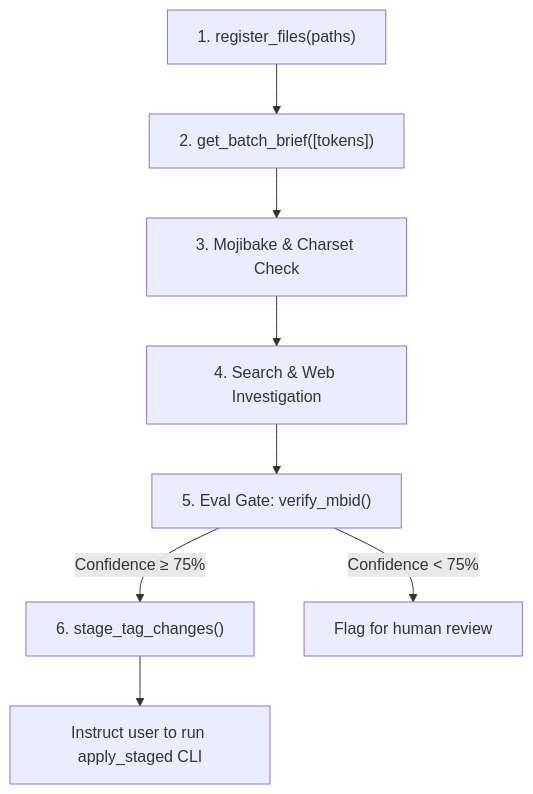
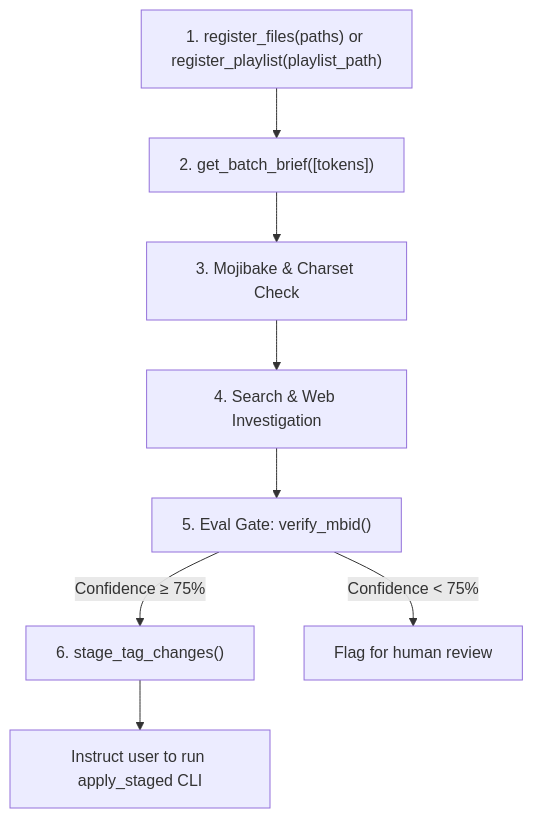
One commit to niccy266/musicbee-tagger-mcp changed the diagram in .agents/skills/musicbee-investigator/SKILL.md. Above: the diagram before and after it, drawn with Mermaid. The commit also changed other lines of this file and 4 other files, not shown here.

````diff
--- a/.agents/skills/musicbee-investigator/SKILL.md
+++ b/.agents/skills/musicbee-investigator/SKILL.md
@@ -23,10 +23,10 @@
 ```mermaid
 flowchart TD
-    A["1. register_files(paths)"] --> B["2. get_batch_brief([tokens])"]
+    A["1. register_files(paths) or register_playlist(playlist_path)"] --> B["2. get_batch_brief([tokens])"]
     B --> C["3. Mojibake & Charset Check"]
     C --> D["4. Search & Web Investigation"]
     D --> E["5. Eval Gate: verify_mbid()"]
     E -->|Confidence ≥ 75%| F["6. stage_tag_changes()"]
     E -->|Confidence < 75%| G["Flag for human review"]
     F --> H["Instruct user to run apply_staged CLI"]
 ```
````
